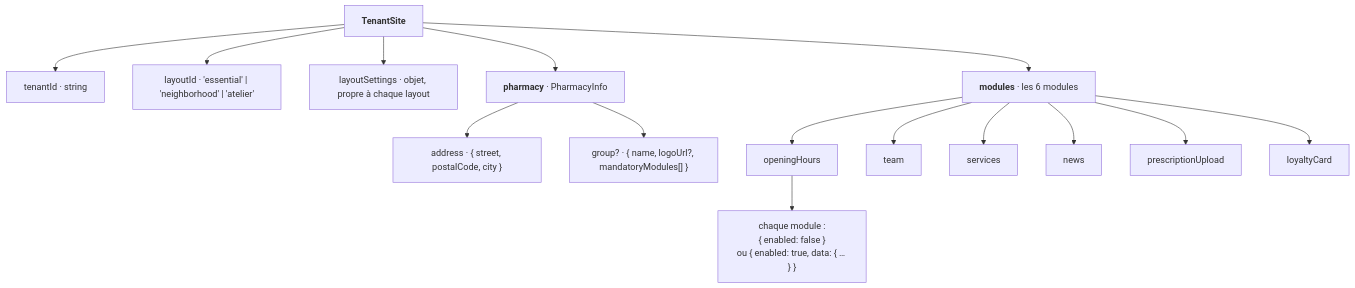
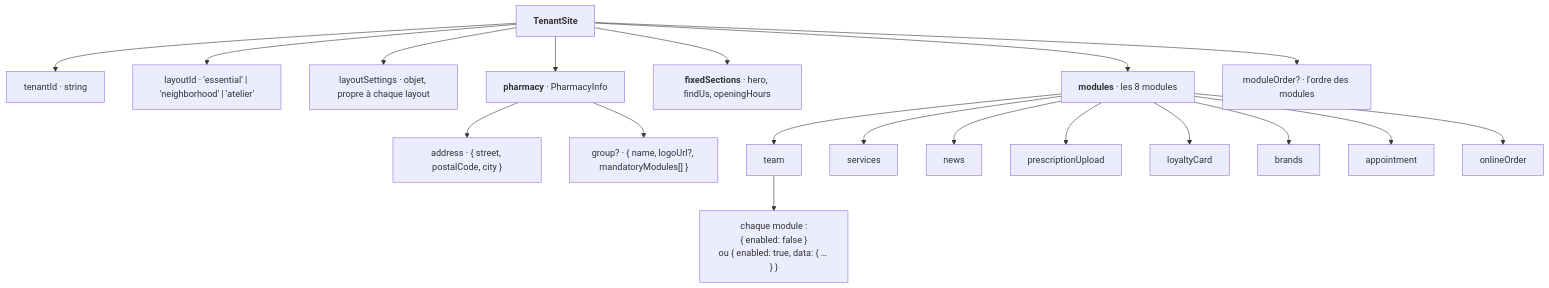
One commit to BastienGRNT/crystal_pharm changed the diagram in app/engine/docs/donnees-api.md. Above: the diagram before and after it, drawn with Mermaid. The commit also changed other lines of this file and 169 other files, not shown here.

First line of the commit message:
feat(schema): sections fixes, modules placés et images personnalisables

````diff
--- a/app/engine/docs/donnees-api.md
+++ b/app/engine/docs/donnees-api.md
@@ -11,20 +11,24 @@
 ```mermaid
 flowchart TD
     tenantSite["<b>TenantSite</b>"] --> tenantId["tenantId · string"]
     tenantSite --> layoutId["layoutId · 'essential' | 'neighborhood' | 'atelier'"]
     tenantSite --> layoutSettings["layoutSettings · objet, propre à chaque layout"]
     tenantSite --> pharmacy["<b>pharmacy</b> · PharmacyInfo"]
-    tenantSite --> modules["<b>modules</b> · les 6 modules"]
+    tenantSite --> fixedSections["<b>fixedSections</b> · hero, findUs, openingHours"]
+    tenantSite --> modules["<b>modules</b> · les 8 modules"]
+    tenantSite --> moduleOrder["moduleOrder? · l'ordre des modules"]
 
     pharmacy --> address["address · { street, postalCode, city }"]
     pharmacy --> group["group? · { name, logoUrl?, mandatoryModules[] }"]
 
-    modules --> openingHours["openingHours"]
     modules --> team["team"]
     modules --> services["services"]
     modules --> news["news"]
     modules --> prescriptionUpload["prescriptionUpload"]
     modules --> loyaltyCard["loyaltyCard"]
+    modules --> brands["brands"]
+    modules --> appointment["appointment"]
+    modules --> onlineOrder["onlineOrder"]
 
-    openingHours --> toggle["chaque module :<br/>{ enabled: false }<br/>ou { enabled: true, data: { … } }"]
+    team --> toggle["chaque module :<br/>{ enabled: false }<br/>ou { enabled: true, data: { … } }"]
 ```
````
